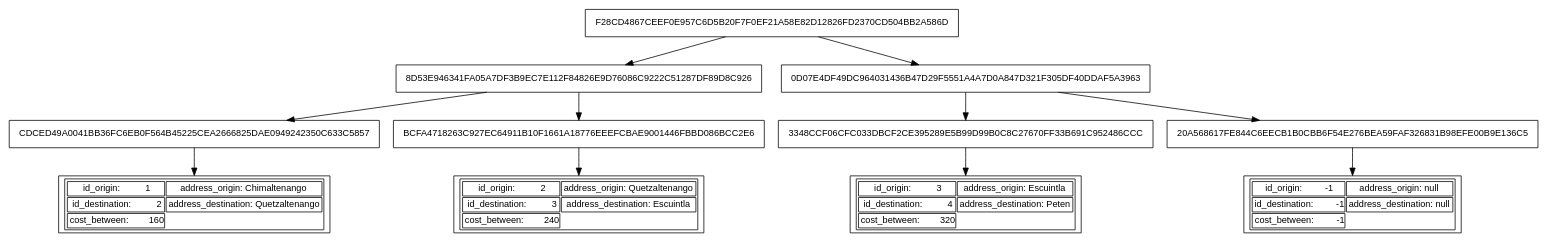
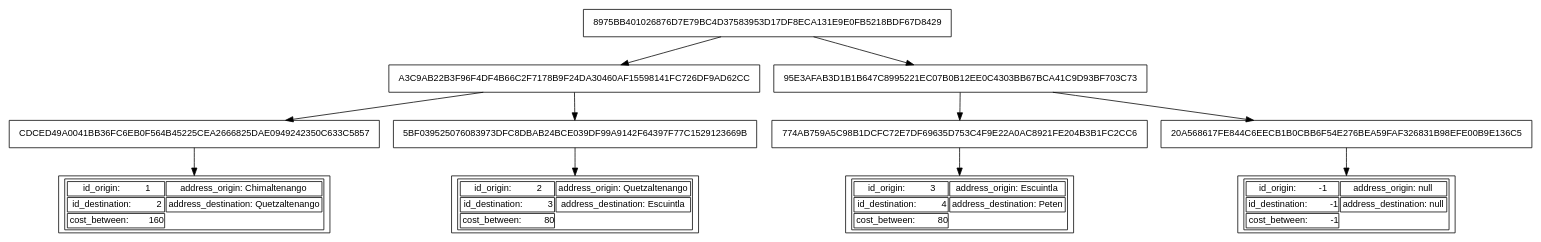
The diagram in Fase 3/outputs/merkle.dot (DiegoCali/EDD_PROYECTO_202201128), drawn with Graphviz before and after one commit. The commit also changed 5 other files, not shown here.

Commit message:
Graphs added

```diff
--- a/Fase 3/outputs/merkle.dot
+++ b/Fase 3/outputs/merkle.dot
@@ -1,48 +1,48 @@
 digraph Merkle_tree {
 node [shape=record, fontname=Arial, fontsize=12];
-5 [label="F28CD4867CEEF0E957C6D5B20F7F0EF21A58E82D12826FD2370CD504BB2A586D"];
+5 [label="8975BB401026876D7E79BC4D37583953D17DF8ECA131E9E0FB5218BDF67D8429"];
 5 -> 6;
 5 -> 9;
-6 [label="8D53E946341FA05A7DF3B9EC7E112F84826E9D76086C9222C51287DF89D8C926"];
+6 [label="A3C9AB22B3F96F4DF4B66C2F7178B9F24DA30460AF15598141FC726DF9AD62CC"];
 6 -> 7;
 6 -> 8;
 7 [label="CDCED49A0041BB36FC6EB0F564B45225CEA2666825DAE0949242350C633C5857"];
 1 [label=<<TABLE><TR>
 <TD>id_origin:          1</TD>
 <TD>address_origin: Chimaltenango</TD></TR>
 <TR><TD>id_destination:          2</TD>
 <TD>address_destination: Quetzaltenango</TD></TR>
 <TR><TD>cost_between:        160</TD></TR>
 </TABLE>>];
 7 -> 1;
-8 [label="BCFA4718263C927EC64911B10F1661A18776EEEFCBAE9001446FBBD086BCC2E6"];
+8 [label="5BF039525076083973DFC8DBAB24BCE039DF99A9142F64397F77C1529123669B"];
 2 [label=<<TABLE><TR>
 <TD>id_origin:          2</TD>
 <TD>address_origin: Quetzaltenango</TD></TR>
 <TR><TD>id_destination:          3</TD>
 <TD>address_destination: Escuintla</TD></TR>
-<TR><TD>cost_between:        240</TD></TR>
+<TR><TD>cost_between:         80</TD></TR>
 </TABLE>>];
 8 -> 2;
-9 [label="0D07E4DF49DC964031436B47D29F5551A4A7D0A847D321F305DF40DDAF5A3963"];
+9 [label="95E3AFAB3D1B1B647C8995221EC07B0B12EE0C4303BB67BCA41C9D93BF703C73"];
 9 -> 10;
 9 -> 11;
-10 [label="3348CCF06CFC033DBCF2CE395289E5B99D99B0C8C27670FF33B691C952486CCC"];
+10 [label="774AB759A5C98B1DCFC72E7DF69635D753C4F9E22A0AC8921FE204B3B1FC2CC6"];
 3 [label=<<TABLE><TR>
 <TD>id_origin:          3</TD>
 <TD>address_origin: Escuintla</TD></TR>
 <TR><TD>id_destination:          4</TD>
 <TD>address_destination: Peten</TD></TR>
-<TR><TD>cost_between:        320</TD></TR>
+<TR><TD>cost_between:         80</TD></TR>
 </TABLE>>];
 10 -> 3;
 11 [label="20A568617FE844C6EECB1B0CBB6F54E276BEA59FAF326831B98EFE00B9E136C5"];
 4 [label=<<TABLE><TR>
 <TD>id_origin:         -1</TD>
 <TD>address_origin: null</TD></TR>
 <TR><TD>id_destination:         -1</TD>
 <TD>address_destination: null</TD></TR>
 <TR><TD>cost_between:         -1</TD></TR>
 </TABLE>>];
 11 -> 4;
 }
```
